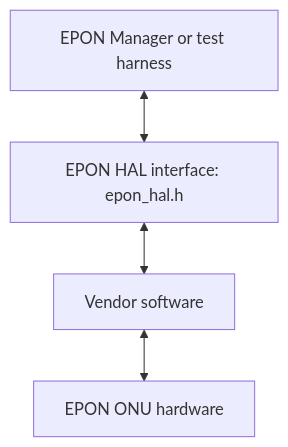
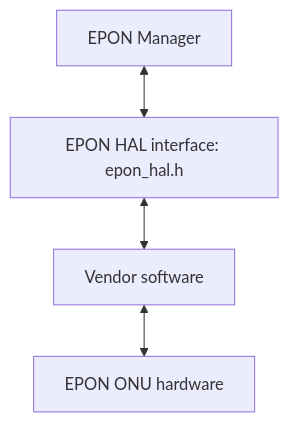
Before and after one commit to rdkcentral/rdkb-halif-epon: the first of 4 diagrams in docs/pages/EponhalSpec.md, drawn with Mermaid. The commit also changed other lines of this file, not shown here.

````diff
--- a/docs/pages/EponhalSpec.md
+++ b/docs/pages/EponhalSpec.md
@@ -54,7 +39,7 @@
 ```mermaid
 flowchart TD;
-    Caller["EPON Manager or test harness"] <-->
+    Caller["EPON Manager"] <-->
     EponHAL["EPON HAL interface: epon_hal.h"] <-->
     VendorSoftware["Vendor software"] <-->
     Onu["EPON ONU hardware"]
 ```
````
